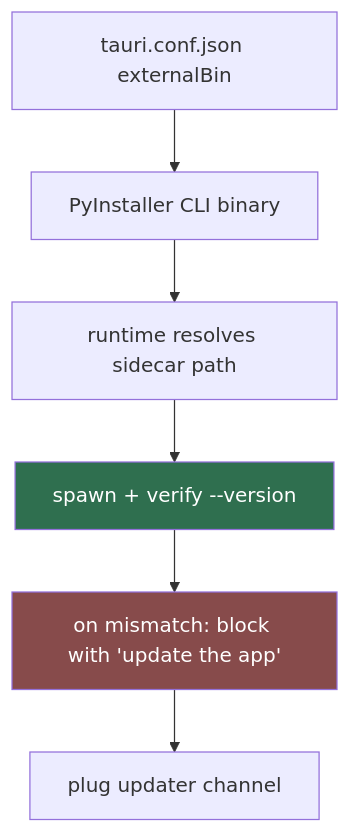
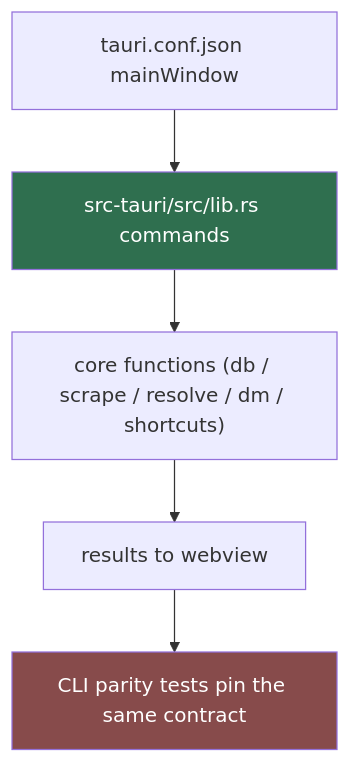
The diagram in .agents/agents/gui/app-shell/app-shell.md (HELIX-Origin/LewdZone-Launcher), drawn with Mermaid before and after one commit. The commit also changed other lines of this file and 217 other files, not shown here.

````diff
--- a/.agents/agents/gui/app-shell/app-shell.md
+++ b/.agents/agents/gui/app-shell/app-shell.md
@@ -26,11 +27,10 @@
 ```mermaid
 flowchart TD
-    A["tauri.conf.json externalBin"] --> B["PyInstaller CLI binary"]
-    B --> C["runtime resolves sidecar path"]
-    C --> D["spawn + verify --version"]
-    D --> E["on mismatch: block with 'update the app'"]
-    E --> F["plug updater channel"]
+    A["tauri.conf.json mainWindow"] --> B["src-tauri/src/lib.rs commands"]
+    B --> C["core functions (db / scrape / resolve / dm / shortcuts)"]
+    C --> D[results to webview]
+    D --> E[CLI parity tests pin the same contract]
 
-    style D fill:#2f6f4f,color:#fff
+    style B fill:#2f6f4f,color:#fff
     style E fill:#874b4b,color:#fff
 ```
````
